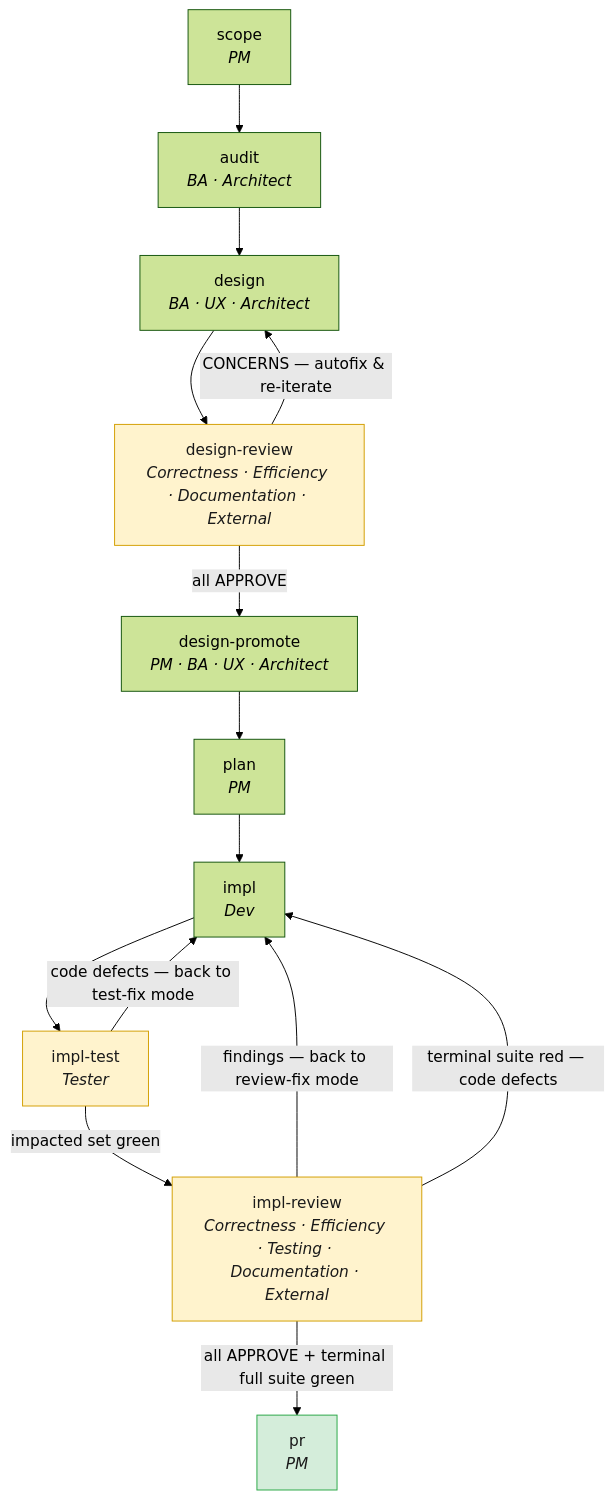
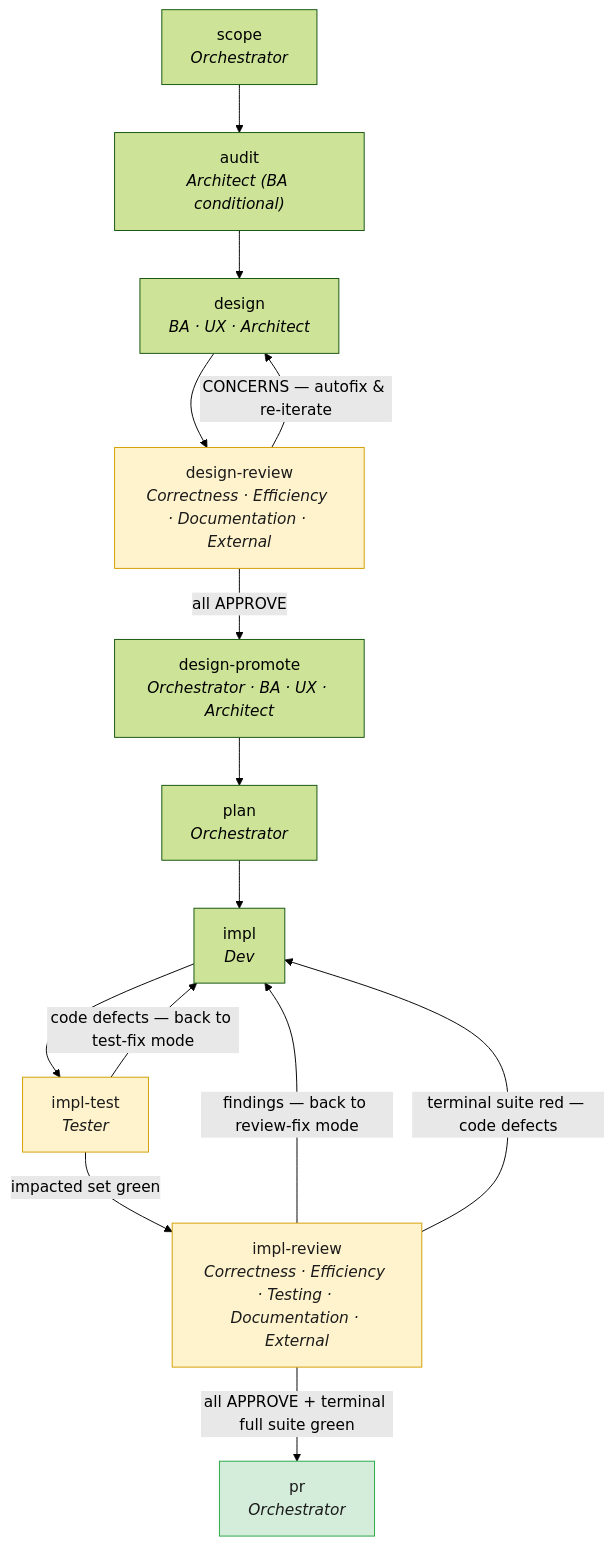
One commit to LordKuper/agentic-software-development changed the diagram in README.md. Above: the diagram before and after it, drawn with Mermaid (forest theme). The commit also changed other lines of this file and 205 other files, not shown here.

````diff
--- a/README.md
+++ b/README.md
@@ -132,21 +132,21 @@
 ```mermaid
 flowchart TD
-    scope["scope<br/><i>PM</i>"] --> audit["audit<br/><i>BA · Architect</i>"]
+    scope["scope<br/><i>Orchestrator</i>"] --> audit["audit<br/><i>Architect (BA conditional)</i>"]
     audit --> design["design<br/><i>BA · UX · Architect</i>"]
     design --> dreview["design-review<br/><i>Correctness · Efficiency · Documentation · External</i>"]
     dreview -->|CONCERNS — autofix & re-iterate| design
-    dreview -->|all APPROVE| dpromote["design-promote<br/><i>PM · BA · UX · Architect</i>"]
-    dpromote --> plan["plan<br/><i>PM</i>"]
+    dreview -->|all APPROVE| dpromote["design-promote<br/><i>Orchestrator · BA · UX · Architect</i>"]
+    dpromote --> plan["plan<br/><i>Orchestrator</i>"]
     plan --> impl["impl<br/><i>Dev</i>"]
     impl --> itest["impl-test<br/><i>Tester</i>"]
     itest -->|code defects — back to test-fix mode| impl
     itest -->|impacted set green| ireview["impl-review<br/><i>Correctness · Efficiency · Testing · Documentation · External</i>"]
     ireview -->|findings — back to review-fix mode| impl
     ireview -->|terminal suite red — code defects| impl
-    ireview -->|all APPROVE + terminal full suite green| pr["pr<br/><i>PM</i>"]
+    ireview -->|all APPROVE + terminal full suite green| pr["pr<br/><i>Orchestrator</i>"]
 
     classDef review fill:#fff3cd,stroke:#d39e00,color:#1a1a1a;
     classDef done fill:#d4edda,stroke:#28a745,color:#1a1a1a;
     class dreview,ireview,itest review;
     class pr done;
 ```
````
